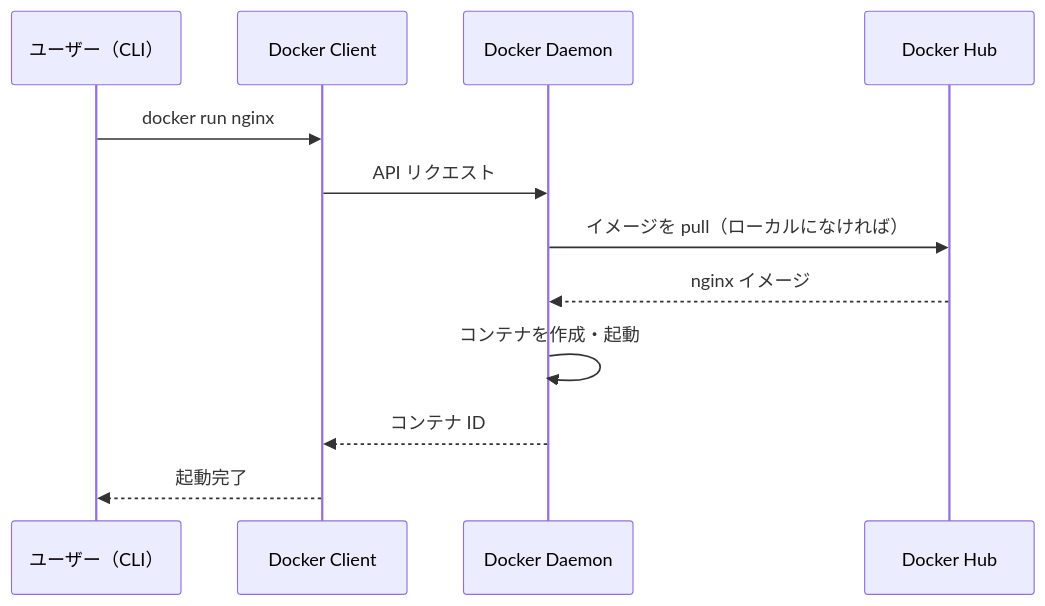
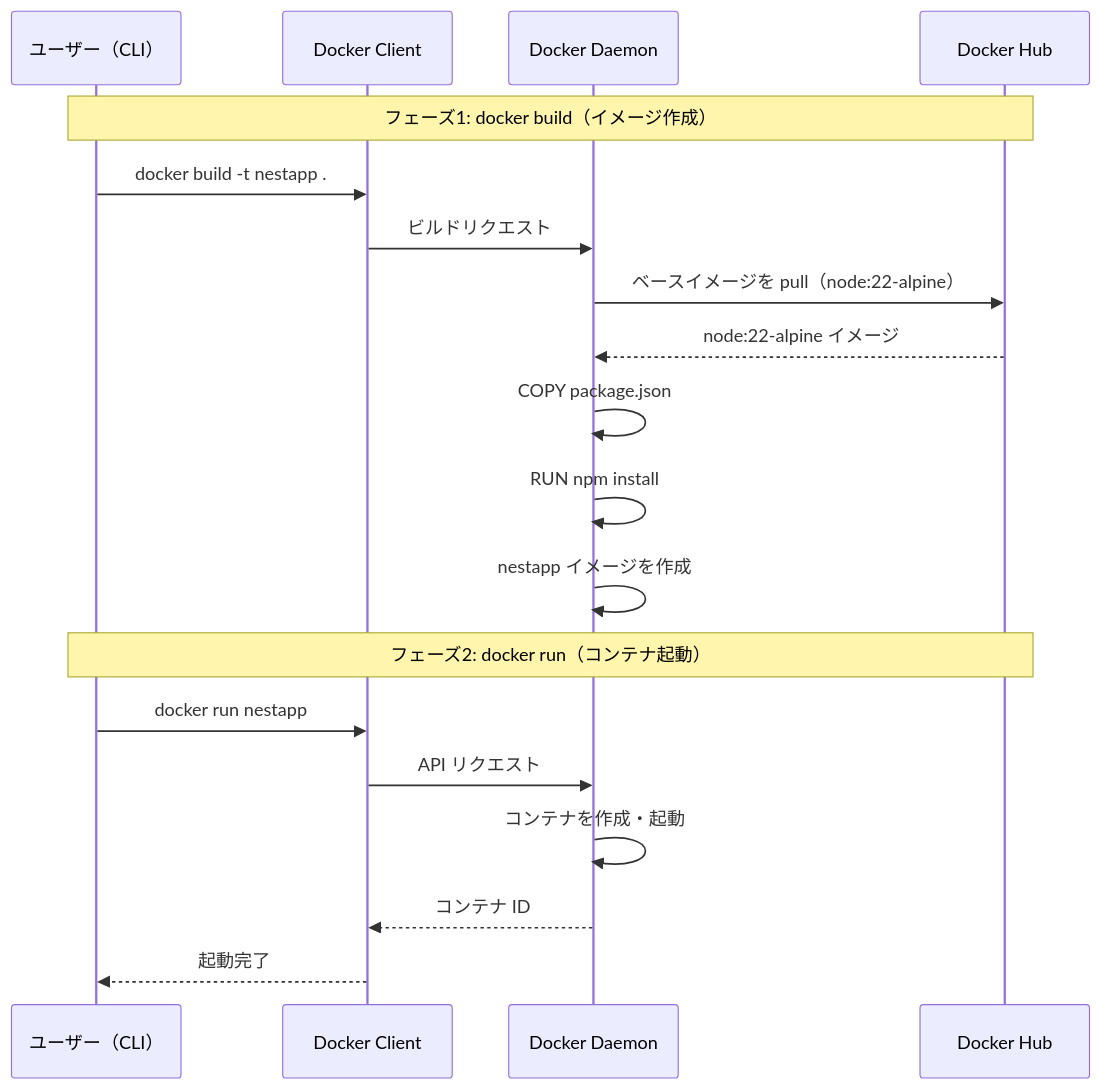
One commit to yassan16/document-management changed the third of 3 diagrams in インフラ/docker/基礎.md. Above: the diagram before and after it, drawn with Mermaid.

Commit message:
コマンド実行時の流れをNestJS文脈のbuild+run構成に変更

````diff
--- a/インフラ/docker/基礎.md
+++ b/インフラ/docker/基礎.md
@@ -217,15 +217,23 @@
 ```mermaid
 sequenceDiagram
     participant User as ユーザー（CLI）
     participant Client as Docker Client
     participant Daemon as Docker Daemon
     participant Registry as Docker Hub
 
-    User->>Client: docker run nginx
+    Note over User,Registry: フェーズ1: docker build（イメージ作成）
+    User->>Client: docker build -t nestapp .
+    Client->>Daemon: ビルドリクエスト
+    Daemon->>Registry: ベースイメージを pull（node:22-alpine）
+    Registry-->>Daemon: node:22-alpine イメージ
+    Daemon->>Daemon: COPY package.json
+    Daemon->>Daemon: RUN npm install
+    Daemon->>Daemon: nestapp イメージを作成
+
+    Note over User,Registry: フェーズ2: docker run（コンテナ起動）
+    User->>Client: docker run nestapp
     Client->>Daemon: API リクエスト
-    Daemon->>Registry: イメージを pull（ローカルになければ）
-    Registry-->>Daemon: nginx イメージ
     Daemon->>Daemon: コンテナを作成・起動
     Daemon-->>Client: コンテナ ID
     Client-->>User: 起動完了
 ```
````
